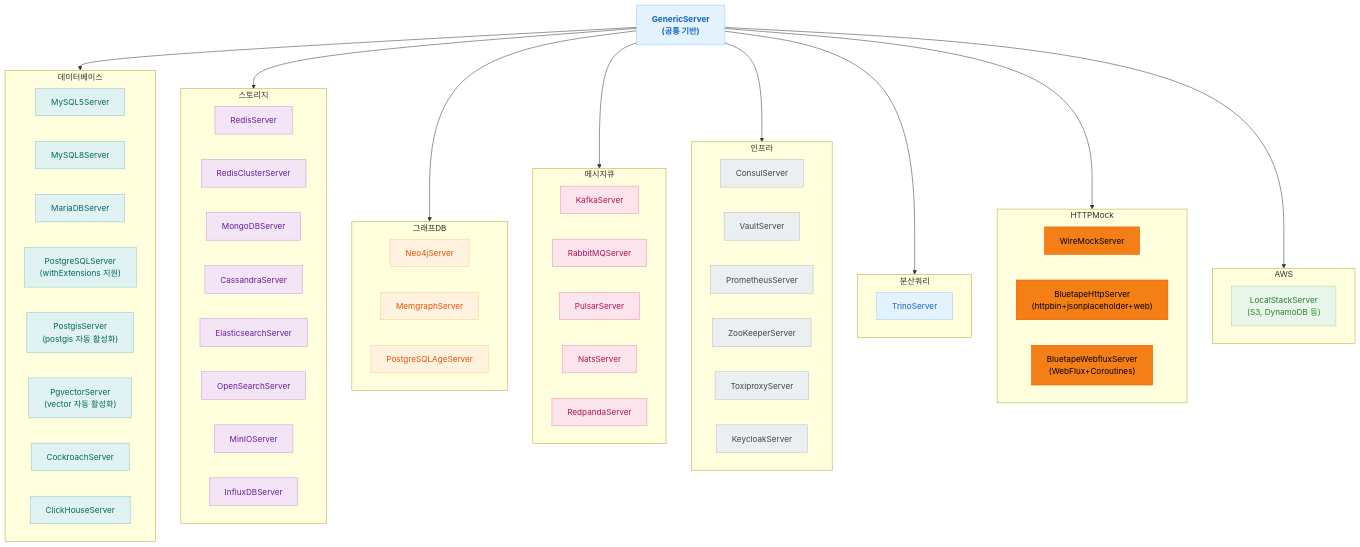
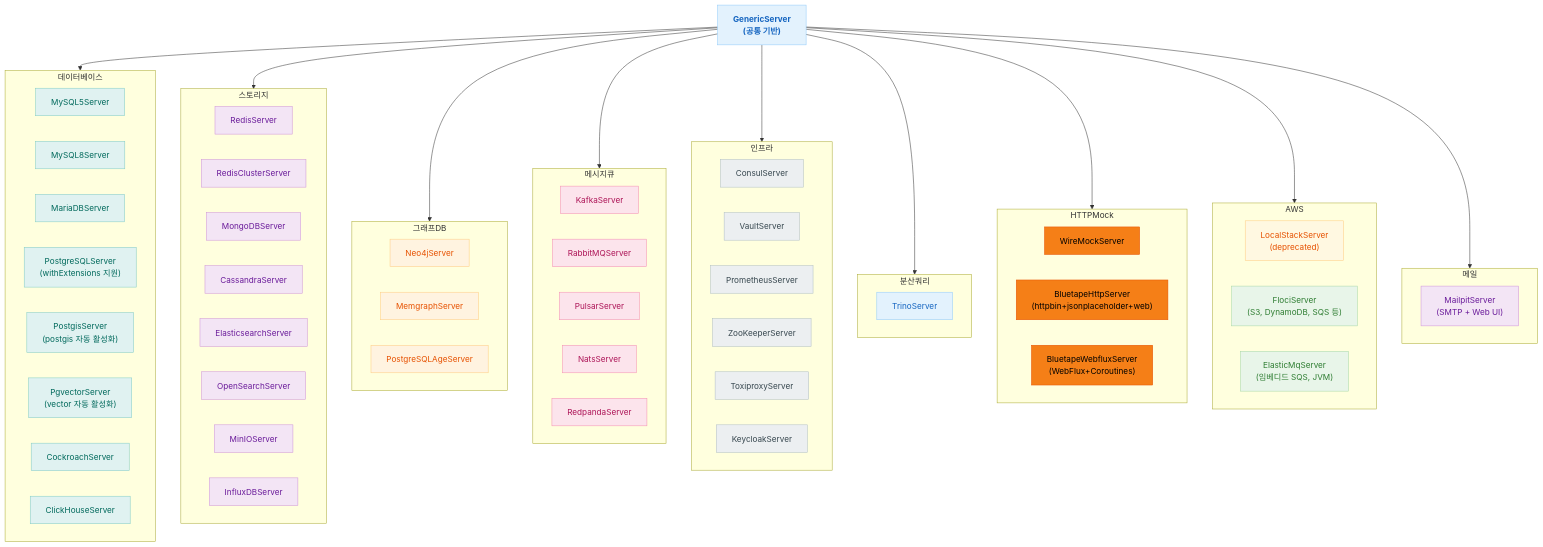
The third of 4 diagrams in testing/testcontainers/README.ko.md (bluetape4k/bluetape4k-projects), drawn with Mermaid before and after one commit. The commit also changed other lines of this file and 34 other files, not shown here.

First line of the commit message:
feat: AwsEmulatorServer 공통 인터페이스 + FlociServer/ElasticMqServer/MailpitServer 추가 (#155)

````diff
--- a/testing/testcontainers/README.ko.md
+++ b/testing/testcontainers/README.ko.md
@@ -168,7 +199,13 @@
     end
 
     subgraph AWS
-        LS["LocalStackServer\n(S3, DynamoDB 등)"]
+        LS["LocalStackServer\n(deprecated)"]
+        FC["FlociServer\n(S3, DynamoDB, SQS 등)"]
+        EMQ["ElasticMqServer\n(임베디드 SQS, JVM)"]
+    end
+
+    subgraph 메일
+        MP["MailpitServer\n(SMTP + Web UI)"]
     end
 
     GS --> 데이터베이스
@@ -179,6 +216,7 @@
     GS --> 분산쿼리
     GS --> HTTPMock
     GS --> AWS
+    GS --> 메일
 
     classDef baseStyle fill:#E3F2FD,stroke:#90CAF9,color:#1565C0,font-weight:bold
     classDef dbStyle fill:#E0F2F1,stroke:#80CBC4,color:#00695C
@@ -189,6 +227,8 @@
     classDef sqlStyle fill:#E3F2FD,stroke:#90CAF9,color:#1565C0
     classDef mockStyle fill:#F57F17,stroke:#E65100,color:#000000
     classDef awsStyle fill:#E8F5E9,stroke:#A5D6A7,color:#2E7D32
+    classDef deprecatedStyle fill:#FFF8E1,stroke:#FFCC80,color:#E65100
+    classDef mailStyle fill:#F3E5F5,stroke:#CE93D8,color:#6A1B9A
 
     class GS baseStyle
     class MY5,MY8,MA,PG,PGS,PGV,CR,CH dbStyle
@@ -198,5 +238,7 @@
     class CN,VT,PR,ZK,TX,KC infraStyle
     class TR sqlStyle
     class WM,BHS,BWS mockStyle
-    class LS awsStyle
+    class LS deprecatedStyle
+    class FC,EMQ awsStyle
+    class MP mailStyle
 ```
````
